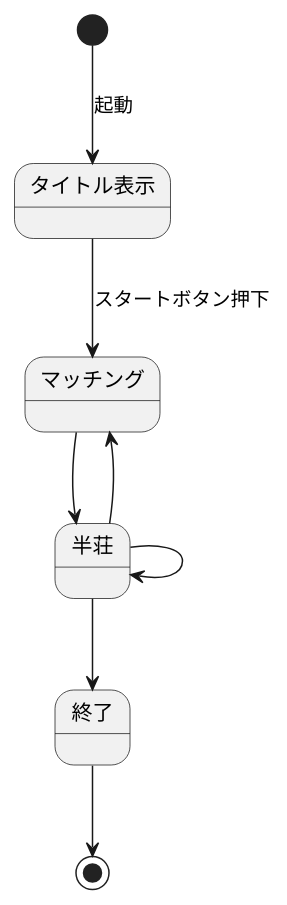
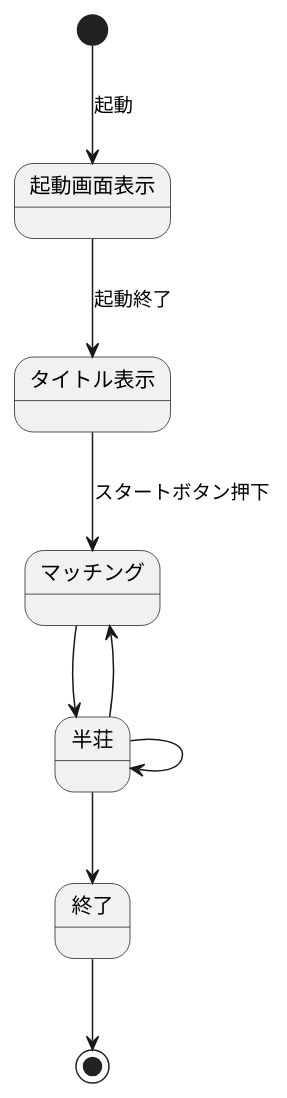
The diagram in doc/state_main.plantuml (sida/jstraining), drawn with PlantUML before and after one commit. The commit also changed 2 other files, not shown here.

```diff
--- a/doc/state_main.plantuml
+++ b/doc/state_main.plantuml
@@ -1,14 +1,15 @@
 @startuml{状態遷移図main.png}
 
 ' --> 下
 ' -> 右
 
-[*] --> タイトル表示 : 起動
+[*] --> 起動画面表示 : 起動
+起動画面表示 --> タイトル表示 : 起動終了
 タイトル表示 --> マッチング : スタートボタン押下
 マッチング --> 半荘
 半荘 --> 終了
 半荘 --> マッチング
 半荘 --> 半荘
 終了--> [*]
 
 @enduml
```
